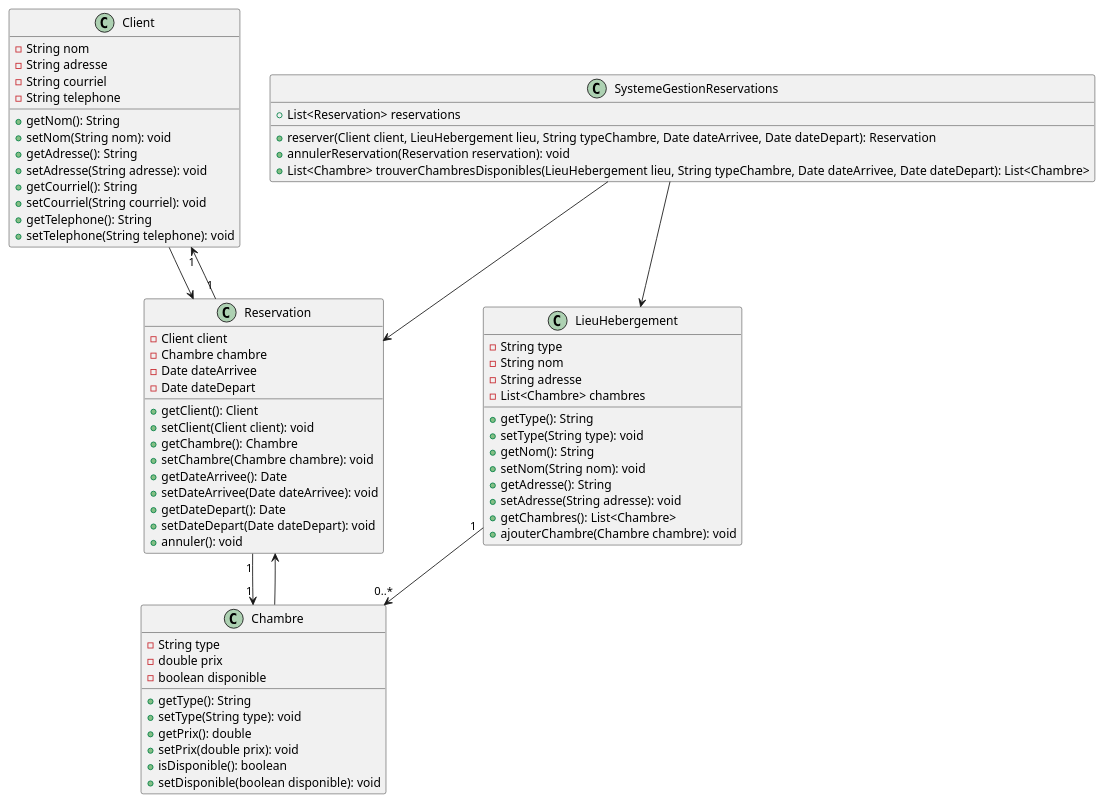
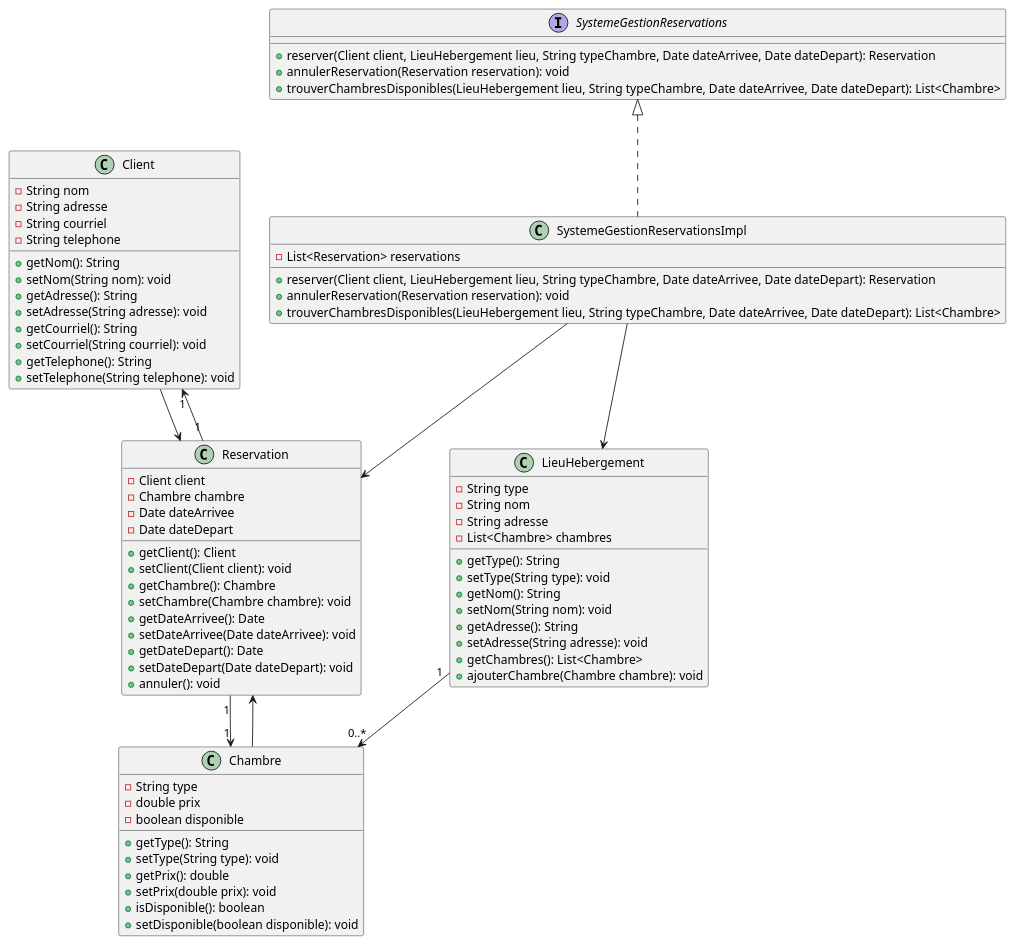
Before and after one commit to Antoxication/ReserVite: the diagram in src/main/plantuml/diagramme_classes.puml, drawn with PlantUML.

Commit message:
Le diagramme de classes inclut l'interface

```diff
--- a/src/main/plantuml/diagramme_classes.puml
+++ b/src/main/plantuml/diagramme_classes.puml
@@ -1,76 +1,83 @@
 @startuml
 
 class Client {
     - String nom
     - String adresse
     - String courriel
     - String telephone
     + getNom(): String
     + setNom(String nom): void
     + getAdresse(): String
     + setAdresse(String adresse): void
     + getCourriel(): String
     + setCourriel(String courriel): void
     + getTelephone(): String
     + setTelephone(String telephone): void
 }
 
 class LieuHebergement {
     - String type
     - String nom
     - String adresse
     - List<Chambre> chambres
     + getType(): String
     + setType(String type): void
     + getNom(): String
     + setNom(String nom): void
     + getAdresse(): String
     + setAdresse(String adresse): void
     + getChambres(): List<Chambre>
     + ajouterChambre(Chambre chambre): void
 }
 
 class Chambre {
     - String type
     - double prix
     - boolean disponible
     + getType(): String
     + setType(String type): void
     + getPrix(): double
     + setPrix(double prix): void
     + isDisponible(): boolean
     + setDisponible(boolean disponible): void
 }
 
 class Reservation {
     - Client client
     - Chambre chambre
     - Date dateArrivee
     - Date dateDepart
     + getClient(): Client
     + setClient(Client client): void
     + getChambre(): Chambre
     + setChambre(Chambre chambre): void
     + getDateArrivee(): Date
     + setDateArrivee(Date dateArrivee): void
     + getDateDepart(): Date
     + setDateDepart(Date dateDepart): void
     + annuler(): void
 }
 
-class SystemeGestionReservations {
-    + List<Reservation> reservations
+interface SystemeGestionReservations {
     + reserver(Client client, LieuHebergement lieu, String typeChambre, Date dateArrivee, Date dateDepart): Reservation
     + annulerReservation(Reservation reservation): void
-    + List<Chambre> trouverChambresDisponibles(LieuHebergement lieu, String typeChambre, Date dateArrivee, Date dateDepart): List<Chambre>
+    + trouverChambresDisponibles(LieuHebergement lieu, String typeChambre, Date dateArrivee, Date dateDepart): List<Chambre>
+}
+
+class SystemeGestionReservationsImpl {
+    - List<Reservation> reservations
+    + reserver(Client client, LieuHebergement lieu, String typeChambre, Date dateArrivee, Date dateDepart): Reservation
+    + annulerReservation(Reservation reservation): void
+    + trouverChambresDisponibles(LieuHebergement lieu, String typeChambre, Date dateArrivee, Date dateDepart): List<Chambre>
 }
 
 Client --> Reservation
 Chambre --> Reservation
 LieuHebergement "1" --> "0..*" Chambre
 Reservation "1" --> "1" Client
 Reservation "1" --> "1" Chambre
-SystemeGestionReservations --> Reservation
-SystemeGestionReservations --> LieuHebergement
+SystemeGestionReservations <|.. SystemeGestionReservationsImpl
+SystemeGestionReservationsImpl --> Reservation
+SystemeGestionReservationsImpl --> LieuHebergement
 
 @enduml
```
